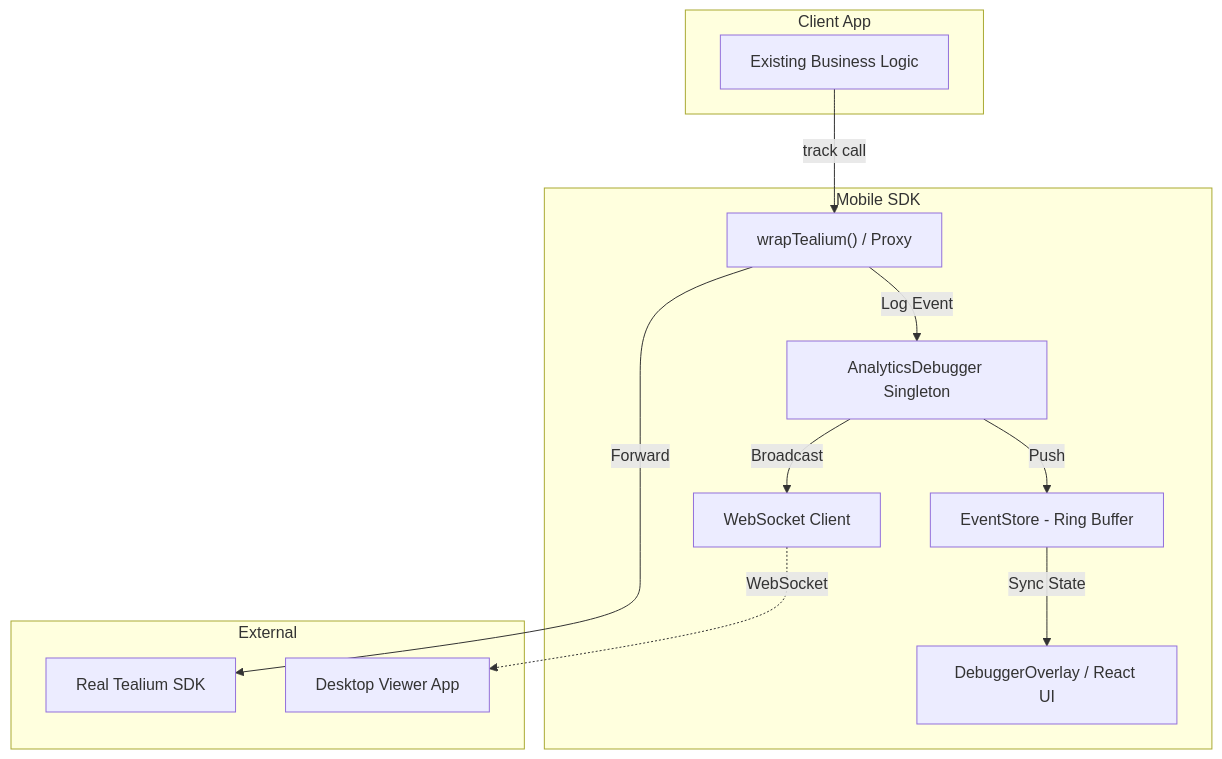
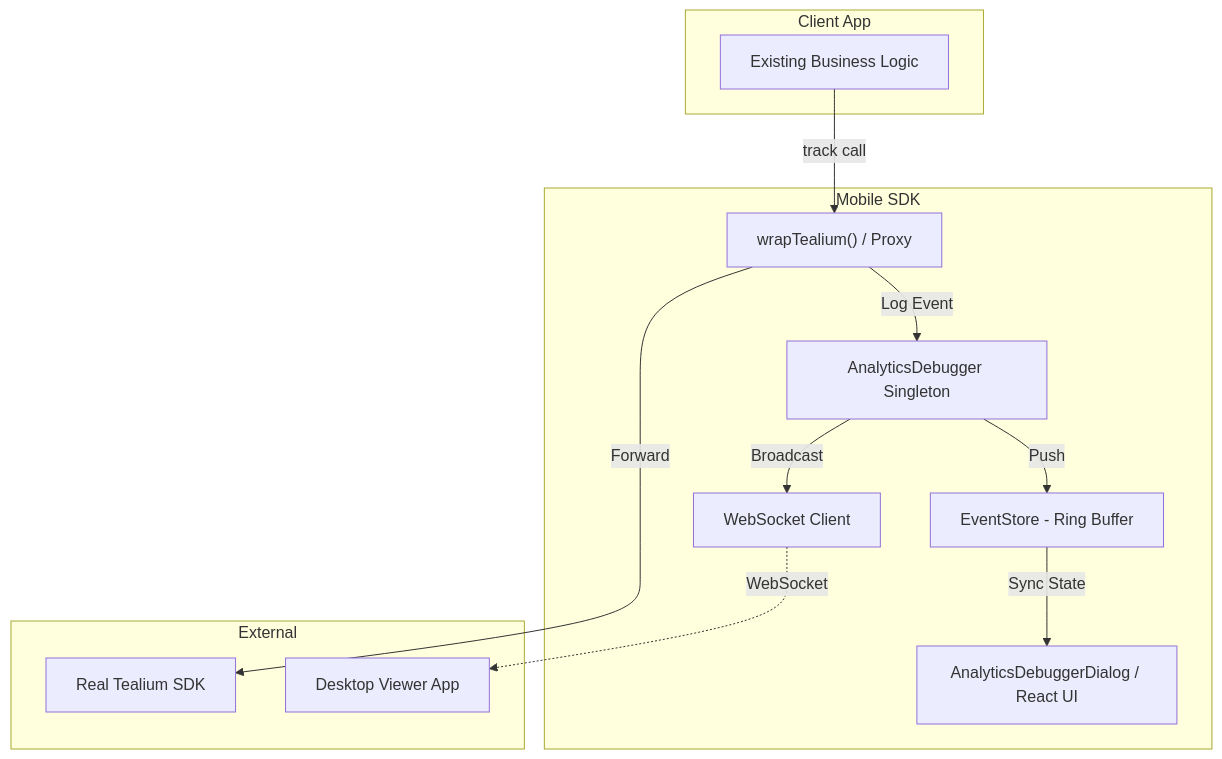
The diagram in mobile-sdk/README.md (MahmoudMabrok/rn-analytics-debugger), drawn with Mermaid before and after one commit. The commit also changed other lines of this file and 9 other files, not shown here.

Commit message:
refactor: Replace `DebuggerOverlay` with `AnalyticsDebuggerDialog` and `AnalyticsDebuggerView` for explicit visibility control.

````diff
--- a/mobile-sdk/README.md
+++ b/mobile-sdk/README.md
@@ -11,27 +11,27 @@
 ```mermaid
 graph TD
     subgraph "Client App"
         Code[Existing Business Logic]
     end
 
     subgraph "Mobile SDK"
         Proxy["wrapTealium() / Proxy"]
         Debugger[AnalyticsDebugger Singleton]
         Store[EventStore - Ring Buffer]
-        UI[DebuggerOverlay / React UI]
+        UI[AnalyticsDebuggerDialog / React UI]
         WS[WebSocket Client]
     end
 
     subgraph "External"
         Tealium[Real Tealium SDK]
         Desktop[Desktop Viewer App]
     end
 
     Code -->|track call| Proxy
     Proxy -->|Log Event| Debugger
     Proxy -->|Forward| Tealium
     Debugger -->|Push| Store
     Debugger -->|Broadcast| WS
     Store -->|Sync State| UI
     WS -.->|WebSocket| Desktop
 ```
````
